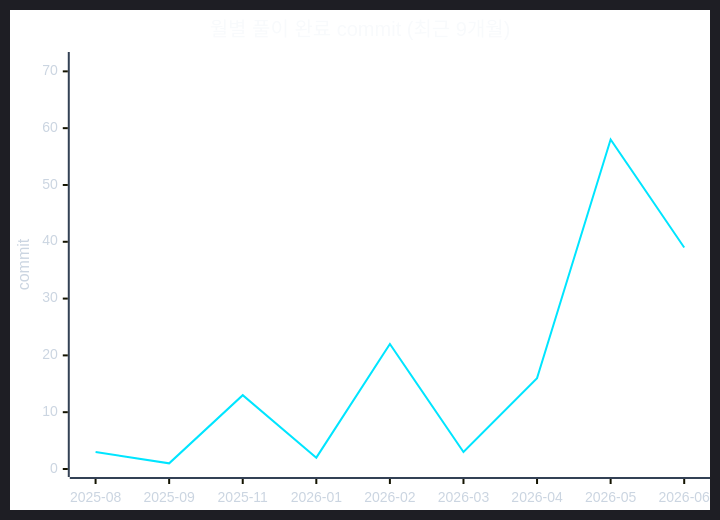
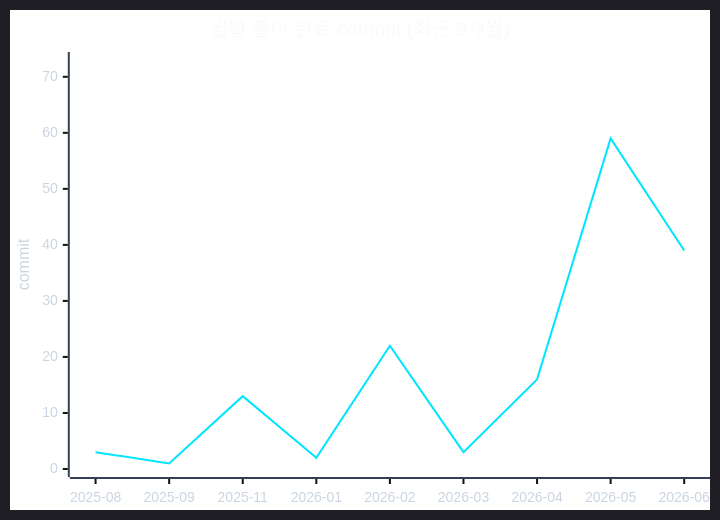
The second of 2 diagrams in readme.md (CHOOSLA/Algorithm), drawn with Mermaid before and after one commit. The commit also changed other lines of this file and 2 other files, not shown here.

````diff
--- a/readme.md
+++ b/readme.md
@@ -71,22 +71,22 @@
 ```mermaid
 ---
 config:
   theme: dark
   themeVariables:
     background: '#0d1117'
     xyChart:
       titleColor: '#f8fafc'
       xAxisLabelColor: '#cbd5e1'
       xAxisTitleColor: '#cbd5e1'
       xAxisLineColor: '#334155'
       yAxisLabelColor: '#cbd5e1'
       yAxisTitleColor: '#cbd5e1'
       yAxisLineColor: '#334155'
       plotColorPalette: '#00e5ff'
 ---
 xychart-beta
   title "월별 풀이 완료 commit (최근 9개월)"
   x-axis ["2025-08", "2025-09", "2025-11", "2026-01", "2026-02", "2026-03", "2026-04", "2026-05", "2026-06"]
-  y-axis "commit" 0 --> 72
-  line [3, 1, 13, 2, 22, 3, 16, 58, 39]
+  y-axis "commit" 0 --> 73
+  line [3, 1, 13, 2, 22, 3, 16, 59, 39]
 ```
````
